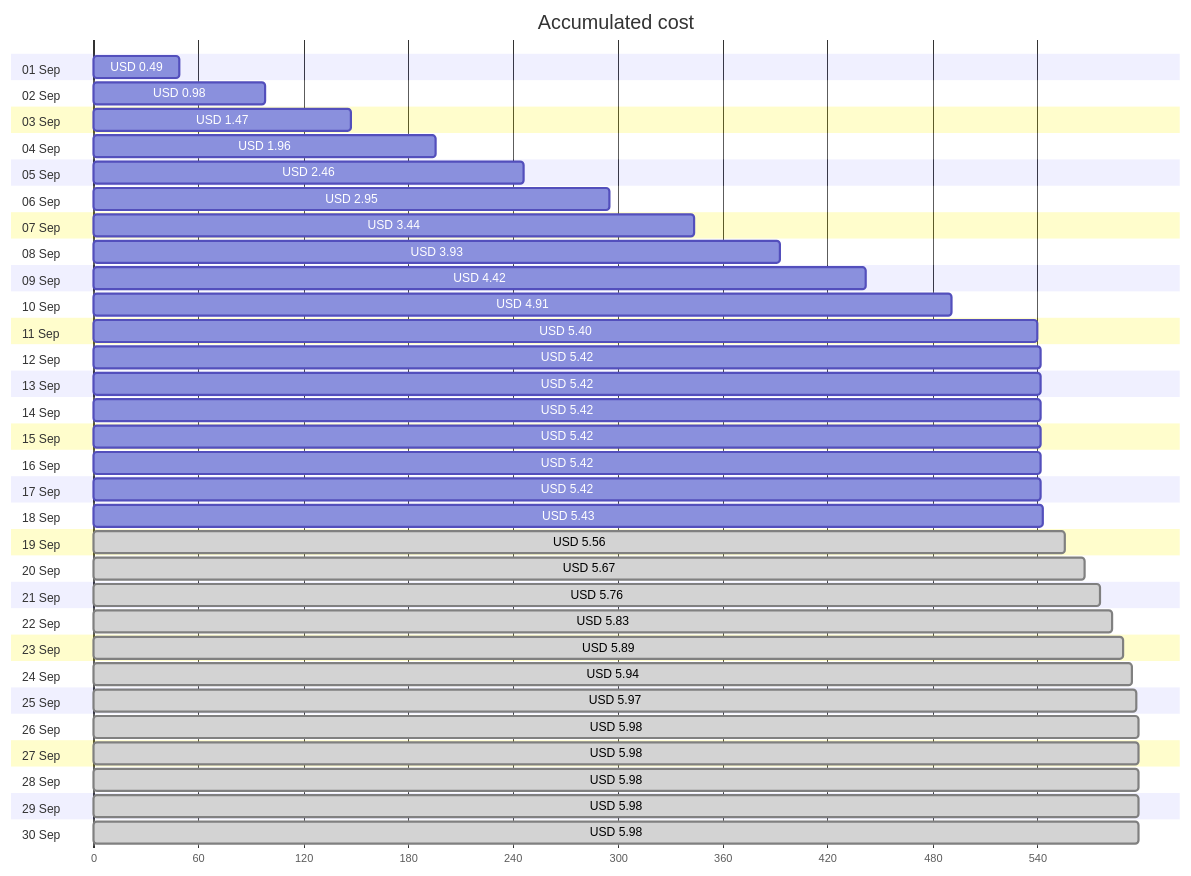
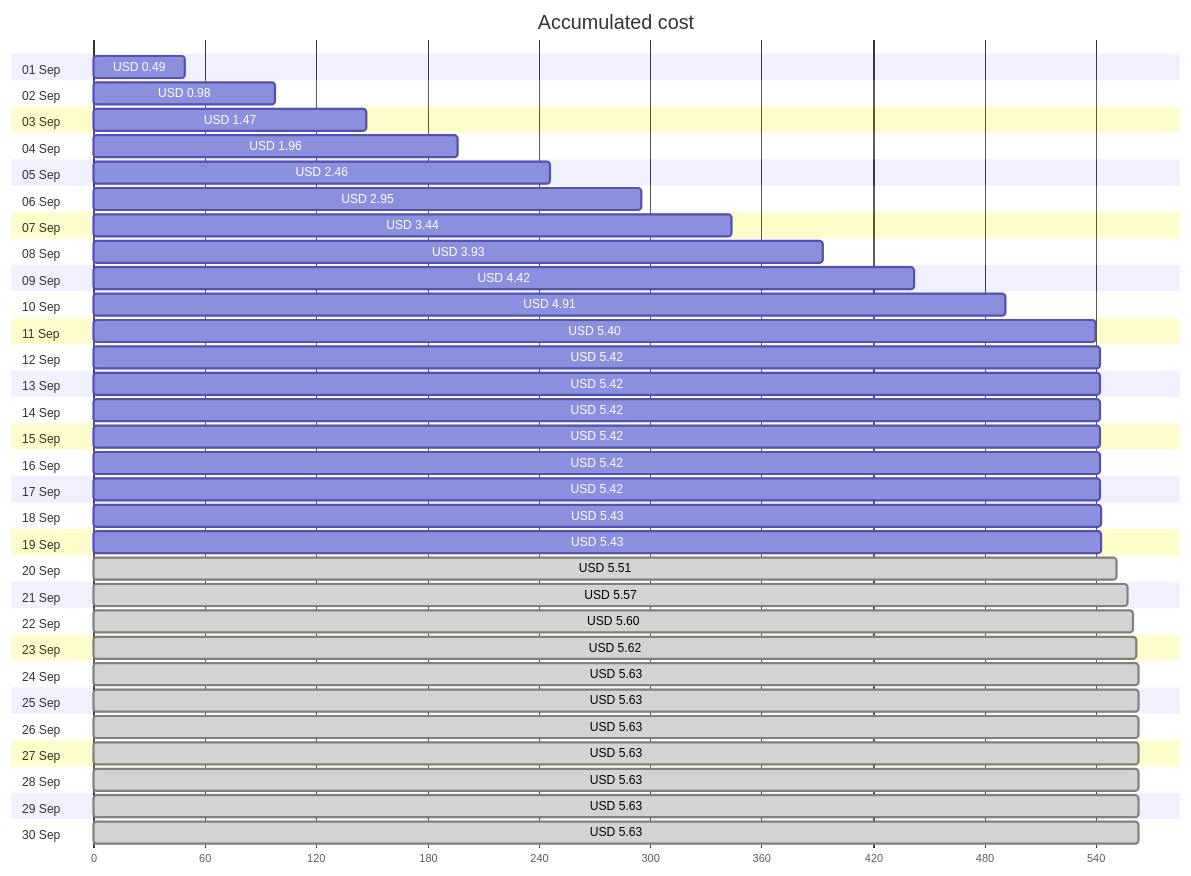
The first of 4 diagrams in cost-reports/personal-site/personalsiteapipreview.md (jpfulton/azure-personal-reports), drawn with Mermaid before and after one commit. The commit also changed other lines of this file and 7 other files, not shown here.

````diff
--- a/cost-reports/personal-site/personalsiteapipreview.md
+++ b/cost-reports/personal-site/personalsiteapipreview.md
@@ -20,66 +20,66 @@
 ```mermaid
 gantt
    title Accumulated cost
    dateFormat  X
    axisFormat %s
    section 01 Sep
    USD 0.49 :0, 49
    section 02 Sep
    USD 0.98 :0, 98
    section 03 Sep
    USD 1.47 :0, 147
    section 04 Sep
    USD 1.96 :0, 196
    section 05 Sep
    USD 2.46 :0, 246
    section 06 Sep
    USD 2.95 :0, 295
    section 07 Sep
    USD 3.44 :0, 344
    section 08 Sep
    USD 3.93 :0, 393
    section 09 Sep
    USD 4.42 :0, 442
    section 10 Sep
    USD 4.91 :0, 491
    section 11 Sep
    USD 5.40 :0, 540
    section 12 Sep
    USD 5.42 :0, 542
    section 13 Sep
    USD 5.42 :0, 542
    section 14 Sep
    USD 5.42 :0, 542
    section 15 Sep
    USD 5.42 :0, 542
    section 16 Sep
    USD 5.42 :0, 542
    section 17 Sep
    USD 5.42 :0, 542
    section 18 Sep
    USD 5.43 :0, 543
    section 19 Sep
-   USD 5.56 : done, 0, 556
+   USD 5.43 :0, 543
    section 20 Sep
-   USD 5.67 : done, 0, 567
+   USD 5.51 : done, 0, 551
    section 21 Sep
-   USD 5.76 : done, 0, 576
+   USD 5.57 : done, 0, 557
    section 22 Sep
-   USD 5.83 : done, 0, 583
+   USD 5.60 : done, 0, 560
    section 23 Sep
-   USD 5.89 : done, 0, 589
+   USD 5.62 : done, 0, 562
    section 24 Sep
-   USD 5.94 : done, 0, 594
+   USD 5.63 : done, 0, 563
    section 25 Sep
-   USD 5.97 : done, 0, 597
+   USD 5.63 : done, 0, 563
    section 26 Sep
-   USD 5.98 : done, 0, 598
+   USD 5.63 : done, 0, 563
    section 27 Sep
-   USD 5.98 : done, 0, 598
+   USD 5.63 : done, 0, 563
    section 28 Sep
-   USD 5.98 : done, 0, 598
+   USD 5.63 : done, 0, 563
    section 29 Sep
-   USD 5.98 : done, 0, 598
+   USD 5.63 : done, 0, 563
    section 30 Sep
-   USD 5.98 : done, 0, 598
+   USD 5.63 : done, 0, 563
 ```
````
